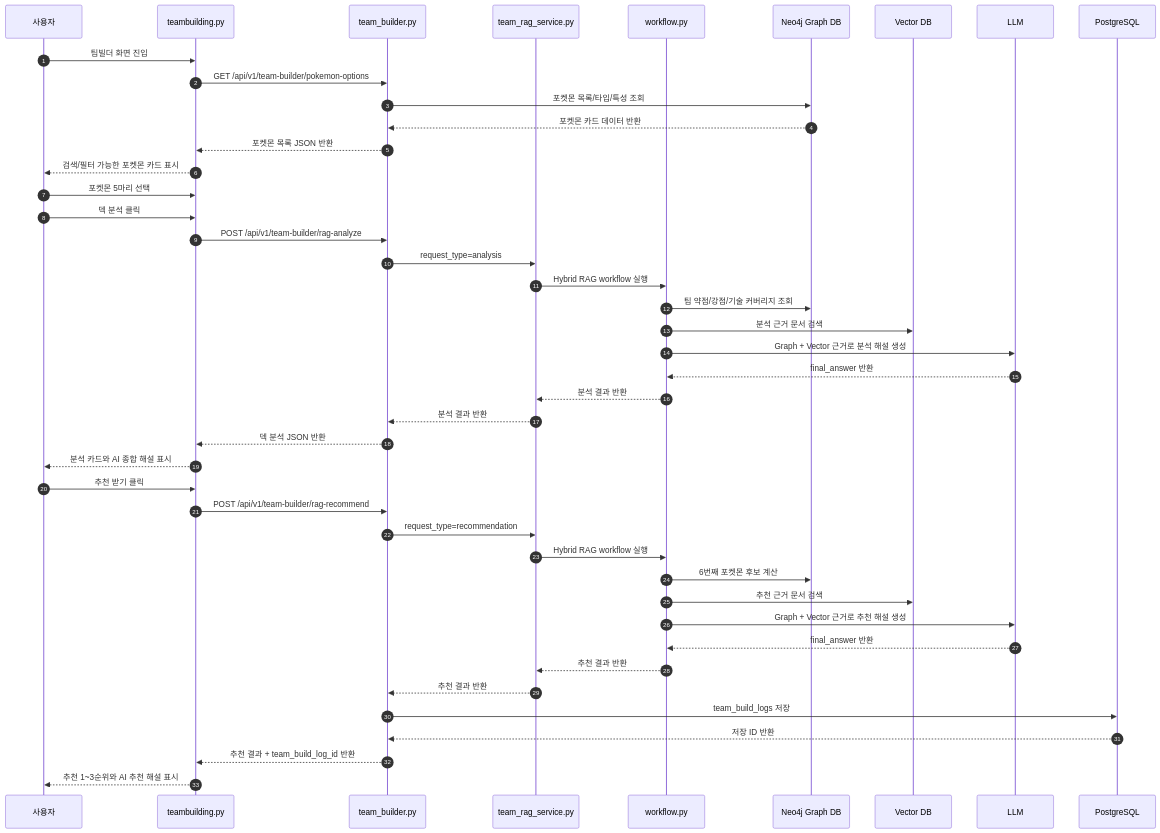
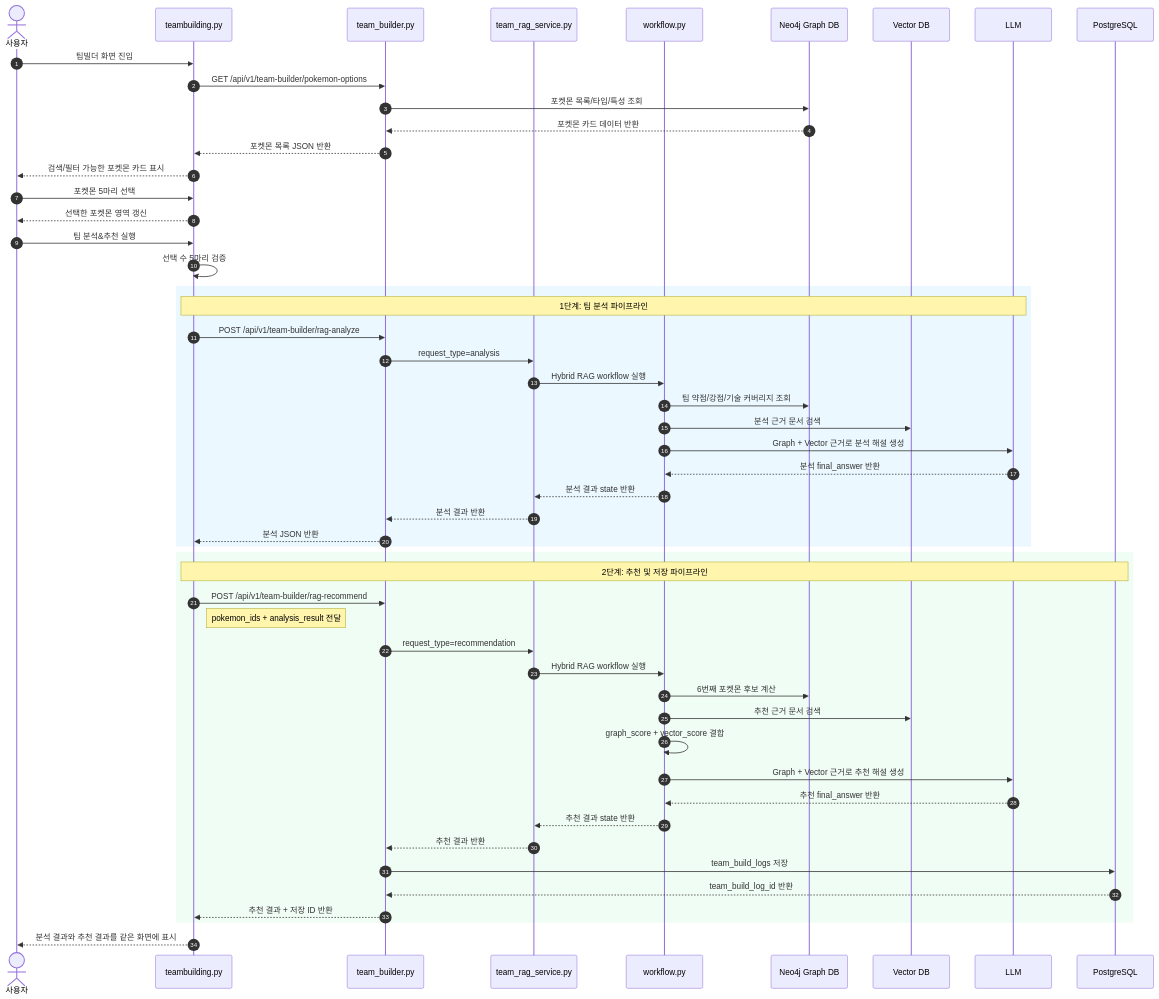
Before and after one commit to SKNETWORKS-FAMILY-AICAMP/SKN27-3rd-3TEAM: the first of 4 diagrams in docs/팀빌딩/04_시퀀스다이어그램.md, drawn with Mermaid. The commit also changed other lines of this file, not shown here.

Commit message:
시퀀스다이어그램 수정

````diff
--- a/docs/팀빌딩/04_시퀀스다이어그램.md
+++ b/docs/팀빌딩/04_시퀀스다이어그램.md
@@ -32,49 +28,60 @@
 ```mermaid
 sequenceDiagram
     autonumber
-    participant User as 사용자
+    actor User as 사용자
     participant FE as teambuilding.py
     participant API as team_builder.py
     participant RAG as team_rag_service.py
     participant WF as workflow.py
     participant GDB as Neo4j Graph DB
     participant VDB as Vector DB
     participant LLM as LLM
     participant PDB as PostgreSQL
 
     User->>FE: 팀빌더 화면 진입
     FE->>API: GET /api/v1/team-builder/pokemon-options
     API->>GDB: 포켓몬 목록/타입/특성 조회
     GDB-->>API: 포켓몬 카드 데이터 반환
     API-->>FE: 포켓몬 목록 JSON 반환
     FE-->>User: 검색/필터 가능한 포켓몬 카드 표시
 
     User->>FE: 포켓몬 5마리 선택
-    User->>FE: 덱 분석 클릭
-    FE->>API: POST /api/v1/team-builder/rag-analyze
-    API->>RAG: request_type=analysis
-    RAG->>WF: Hybrid RAG workflow 실행
-    WF->>GDB: 팀 약점/강점/기술 커버리지 조회
-    WF->>VDB: 분석 근거 문서 검색
-    WF->>LLM: Graph + Vector 근거로 분석 해설 생성
-    LLM-->>WF: final_answer 반환
-    WF-->>RAG: 분석 결과 반환
-    RAG-->>API: 분석 결과 반환
-    API-->>FE: 덱 분석 JSON 반환
-    FE-->>User: 분석 카드와 AI 종합 해설 표시
+    FE-->>User: 선택한 포켓몬 영역 갱신
 
-    User->>FE: 추천 받기 클릭
-    FE->>API: POST /api/v1/team-builder/rag-recommend
-    API->>RAG: request_type=recommendation
-    RAG->>WF: Hybrid RAG workflow 실행
-    WF->>GDB: 6번째 포켓몬 후보 계산
-    WF->>VDB: 추천 근거 문서 검색
-    WF->>LLM: Graph + Vector 근거로 추천 해설 생성
-    LLM-->>WF: final_answer 반환
-    WF-->>RAG: 추천 결과 반환
-    RAG-->>API: 추천 결과 반환
-    API->>PDB: team_build_logs 저장
-    PDB-->>API: 저장 ID 반환
-    API-->>FE: 추천 결과 + team_build_log_id 반환
-    FE-->>User: 추천 1~3순위와 AI 추천 해설 표시
+    User->>FE: 팀 분석&추천 실행
+    FE->>FE: 선택 수 5마리 검증
+
+    rect rgb(235, 248, 255)
+        Note over FE,LLM: 1단계: 팀 분석 파이프라인
+        FE->>API: POST /api/v1/team-builder/rag-analyze
+        API->>RAG: request_type=analysis
+        RAG->>WF: Hybrid RAG workflow 실행
+        WF->>GDB: 팀 약점/강점/기술 커버리지 조회
+        WF->>VDB: 분석 근거 문서 검색
+        WF->>LLM: Graph + Vector 근거로 분석 해설 생성
+        LLM-->>WF: 분석 final_answer 반환
+        WF-->>RAG: 분석 결과 state 반환
+        RAG-->>API: 분석 결과 반환
+        API-->>FE: 분석 JSON 반환
+    end
+
+    rect rgb(240, 253, 244)
+        Note over FE,PDB: 2단계: 추천 및 저장 파이프라인
+        FE->>API: POST /api/v1/team-builder/rag-recommend
+        Note right of FE: pokemon_ids + analysis_result 전달
+        API->>RAG: request_type=recommendation
+        RAG->>WF: Hybrid RAG workflow 실행
+        WF->>GDB: 6번째 포켓몬 후보 계산
+        WF->>VDB: 추천 근거 문서 검색
+        WF->>WF: graph_score + vector_score 결합
+        WF->>LLM: Graph + Vector 근거로 추천 해설 생성
+        LLM-->>WF: 추천 final_answer 반환
+        WF-->>RAG: 추천 결과 state 반환
+        RAG-->>API: 추천 결과 반환
+        API->>PDB: team_build_logs 저장
+        PDB-->>API: team_build_log_id 반환
+        API-->>FE: 추천 결과 + 저장 ID 반환
+    end
+
+    FE-->>User: 분석 결과와 추천 결과를 같은 화면에 표시
 ```
````
